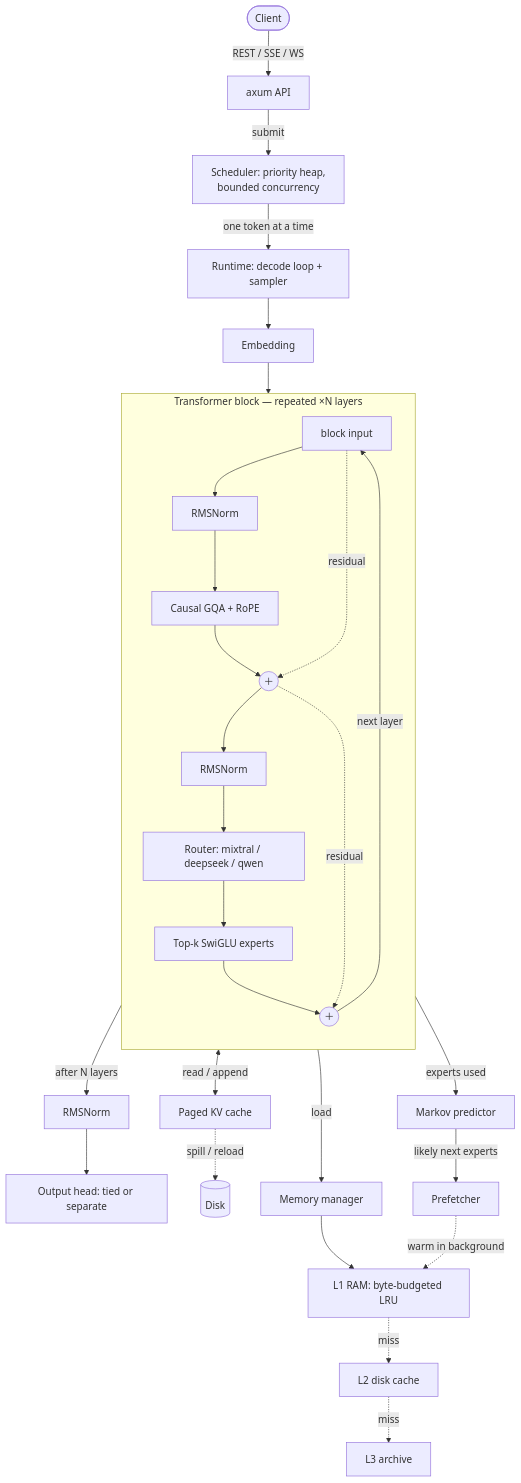
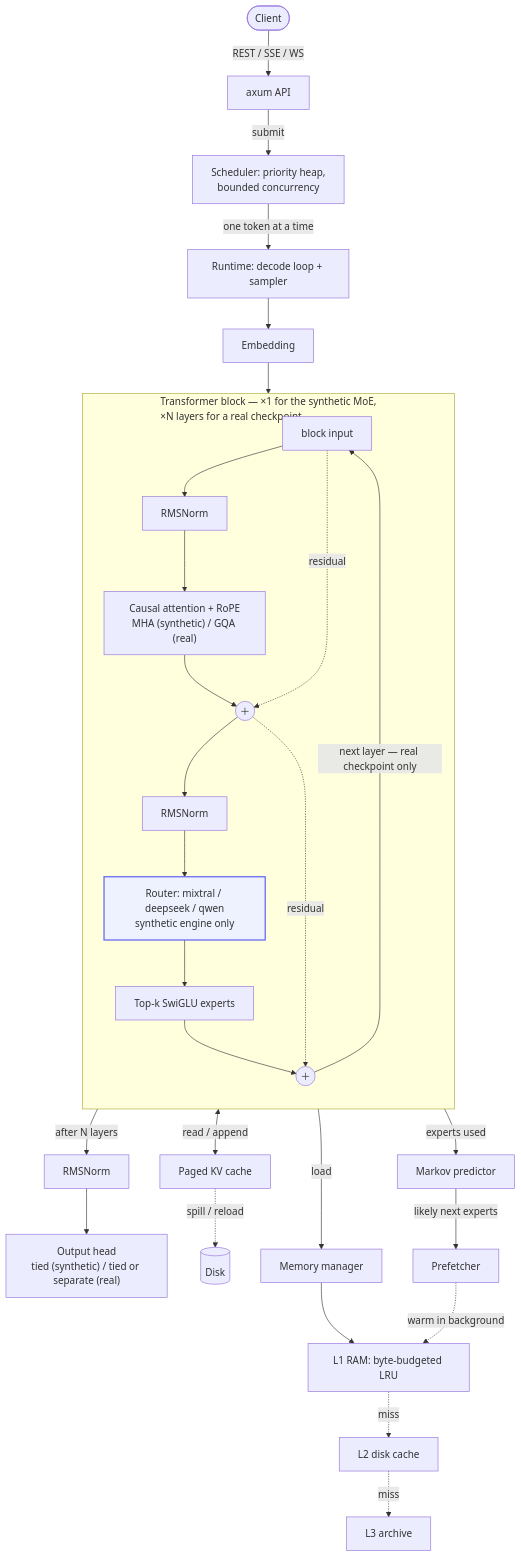
One commit to hanumanit/garuda changed the diagram in README.md. Above: the diagram before and after it, drawn with Mermaid. The commit also changed other lines of this file, not shown here.

Commit message:
docs: Distinguish synthetic-only vs real-checkpoint-only paths in architecture diagram
The flowchart previously drew the synthetic MoE engine and the real GGUF/Llama
backend as one unified pipeline. GQA, the ×N layer loop, and the mixtral/deepseek/
qwen router selector each only apply to one of the two, not both.

````diff
--- a/README.md
+++ b/README.md
@@ -74,38 +74,40 @@
 ```mermaid
 graph TD
     Client([Client]) -->|REST / SSE / WS| API[axum API]
     API -->|submit| Sched[Scheduler: priority heap,<br/>bounded concurrency]
     Sched -->|one token at a time| RT[Runtime: decode loop + sampler]
 
     RT --> Embed[Embedding]
 
-    subgraph Block["Transformer block — repeated ×N layers"]
+    subgraph Block["Transformer block — ×1 for the synthetic MoE,<br/>×N layers for a real checkpoint"]
         direction TB
         In[block input] --> AN[RMSNorm]
-        AN --> Attn[Causal GQA + RoPE]
+        AN --> Attn["Causal attention + RoPE<br/>MHA (synthetic) / GQA (real)"]
         Attn --> AR(("＋"))
         In -.->|residual| AR
         AR --> FN[RMSNorm]
-        FN --> Router[Router: mixtral / deepseek / qwen]
+        FN --> Router["Router: mixtral / deepseek / qwen<br/>synthetic engine only"]:::synthOnly
         Router --> Experts[Top-k SwiGLU experts]
         Experts --> FR(("＋"))
         AR -.->|residual| FR
     end
 
     Embed --> In
-    FR -->|next layer| In
+    FR -->|next layer — real checkpoint only| In
     FR -->|after N layers| ONorm[RMSNorm]
-    ONorm --> Logits[Output head: tied or separate]
+    ONorm --> Logits["Output head<br/>tied (synthetic) / tied or separate (real)"]
 
     Attn <-->|read / append| KV[Paged KV cache]
     KV -.->|spill / reload| Disk[(Disk)]
 
     Experts -->|load| MM[Memory manager]
     MM --> L1[L1 RAM: byte-budgeted LRU]
     L1 -.->|miss| L2[L2 disk cache]
     L2 -.->|miss| L3[L3 archive]
 
     Experts -->|experts used| Pred[Markov predictor]
     Pred -->|likely next experts| Pre[Prefetcher]
     Pre -.->|warm in background| L1
+
+    classDef synthOnly fill:#eef2ff,stroke:#6366f1,stroke-width:2px;
 ```
````
